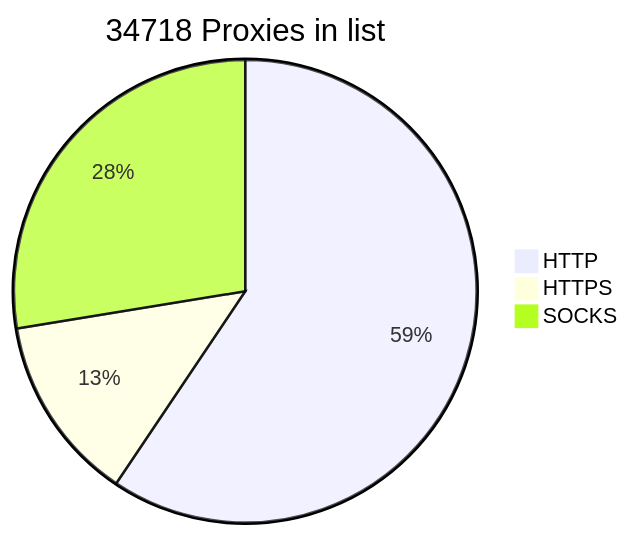
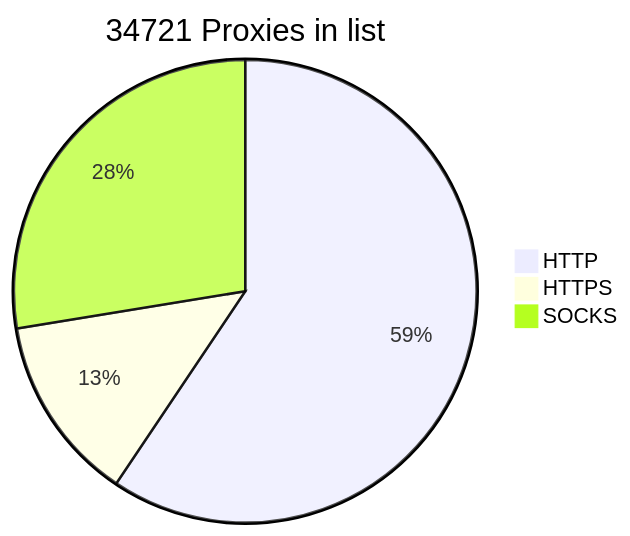
The diagram in README.md (BlackSnowDot/proxylist-update-every-minute), drawn with Mermaid before and after one commit.

````diff
--- a/README.md
+++ b/README.md
@@ -2,6 +2,6 @@
 ```mermaid
-pie title 34718 Proxies in list
-    "HTTP" : 22871
-    "HTTPS": 5010
-    "SOCKS" : 10616
+pie title 34721 Proxies in list
+    "HTTP" : 22873
+    "HTTPS": 5015
+    "SOCKS" : 10617
 ```
````
